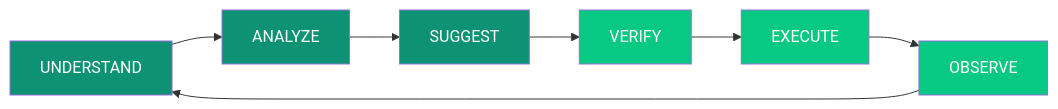
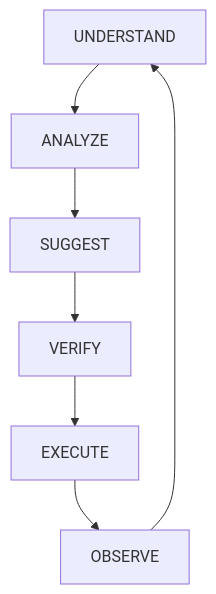
Before and after one commit to ashishsuperatom/tech-docs: the first of 4 diagrams in introduction/core-concepts.mdx, drawn with Mermaid. The commit also changed other lines of this file and 37 other files, not shown here.

First line of the commit message:
Clean up docs: remove em-dashes, fix mermaid diagrams, remove emojis

````diff
--- a/introduction/core-concepts.mdx
+++ b/introduction/core-concepts.mdx
@@ -15,16 +15,10 @@
 ```mermaid
-flowchart LR
+flowchart TD
     A["UNDERSTAND"] --> B["ANALYZE"]
     B --> C["SUGGEST"]
     C --> D["VERIFY"]
     D --> E["EXECUTE"]
     E --> F["OBSERVE"]
     F --> A
 
-    style A fill:#0D9373,color:#fff
-    style B fill:#0D9373,color:#fff
-    style C fill:#0D9373,color:#fff
-    style D fill:#07C983,color:#fff
-    style E fill:#07C983,color:#fff
-    style F fill:#07C983,color:#fff
 ```
````
